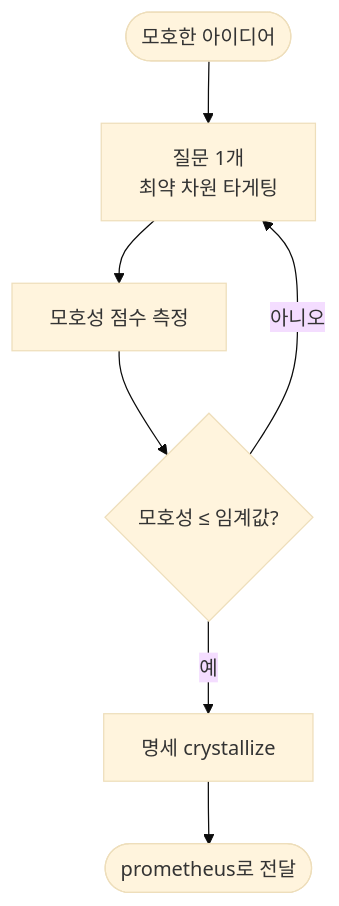
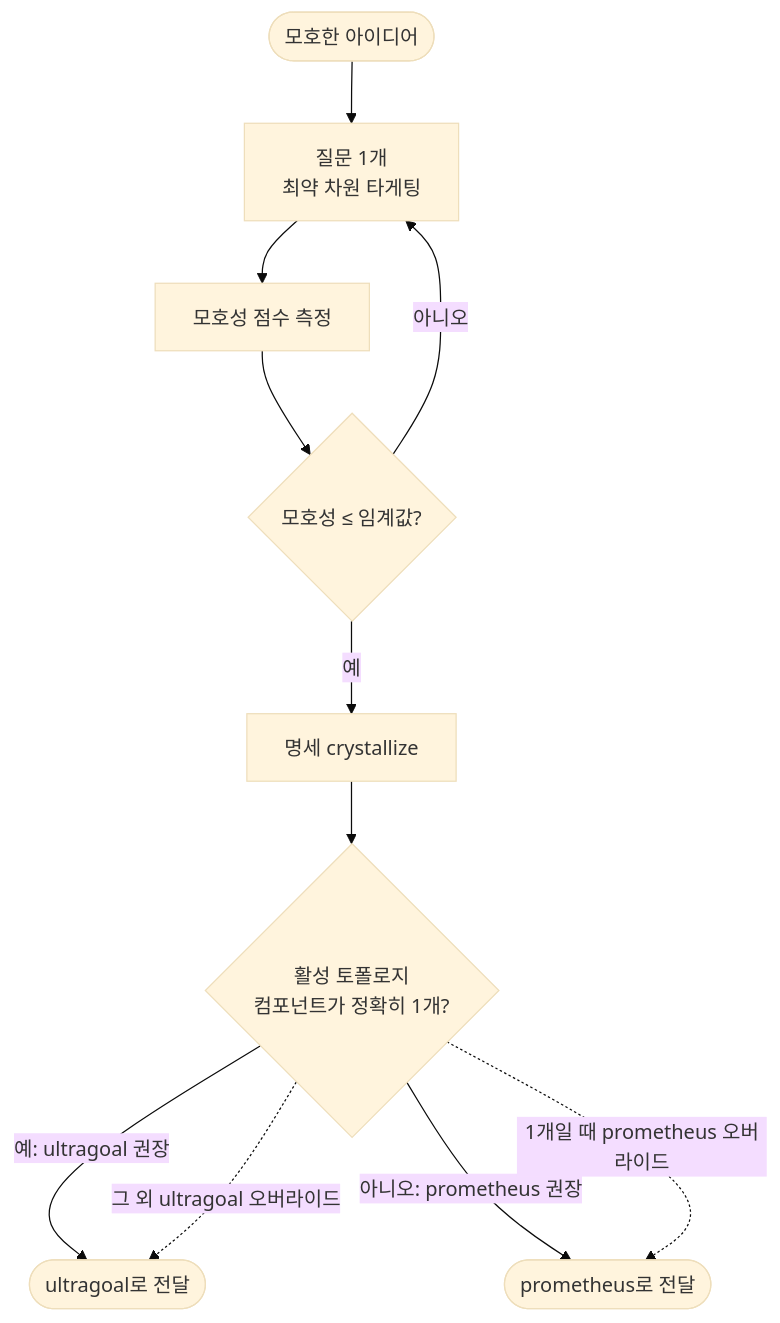
The second of 4 diagrams in docs/skills/core-pipeline.md (toongri/oh-my-toong-playground), drawn with Mermaid (base theme) before and after one commit. The commit also changed other lines of this file and 5 other files, not shown here.

````diff
--- a/docs/skills/core-pipeline.md
+++ b/docs/skills/core-pipeline.md
@@ -75,9 +79,13 @@
 ```mermaid
 flowchart TB
     Start([모호한 아이디어]) --> Ask[질문 1개<br/>최약 차원 타게팅]
     Ask --> Score[모호성 점수 측정]
     Score --> Gate{모호성 ≤ 임계값?}
     Gate -->|아니오| Ask
     Gate -->|예| Spec[명세 crystallize]
-    Spec --> Handoff([prometheus로 전달])
+    Spec --> Route{활성 토폴로지<br/>컴포넌트가 정확히 1개?}
+    Route -->|예: ultragoal 권장| Ultra([ultragoal로 전달])
+    Route -->|아니오: prometheus 권장| Prom([prometheus로 전달])
+    Route -.->|1개일 때 prometheus 오버라이드| Prom
+    Route -.->|그 외 ultragoal 오버라이드| Ultra
 ```
````
